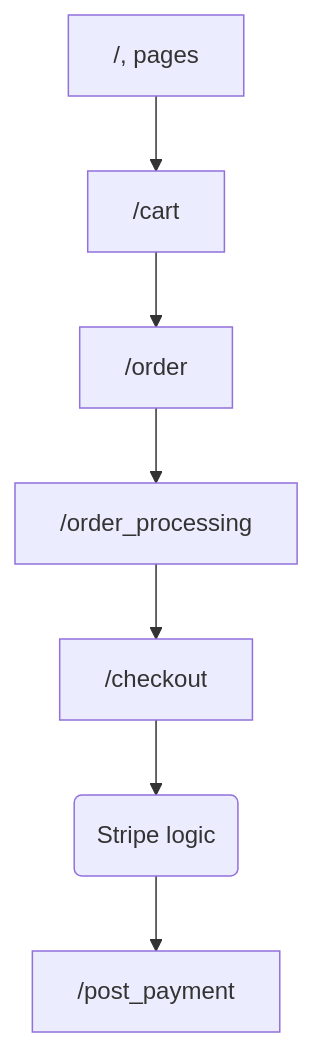
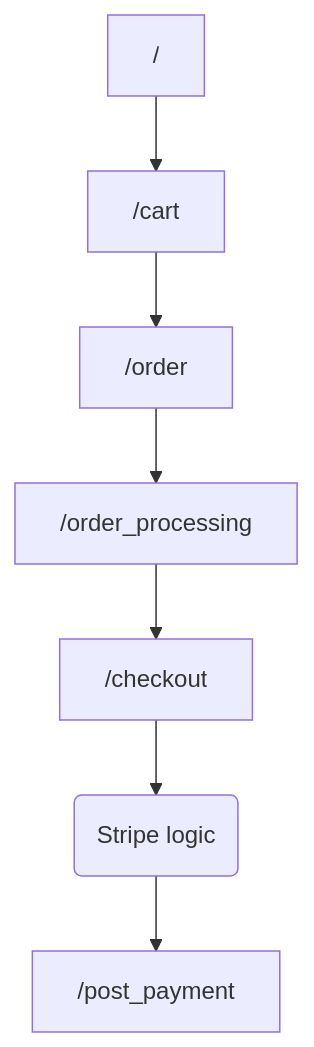
Before and after one commit to kofedev/sweetshop: the diagram in README.md, drawn with Mermaid. The commit also changed other lines of this file, not shown here.

````diff
--- a/README.md
+++ b/README.md
@@ -5,9 +10,9 @@
 ```mermaid
 graph TD;
-    A["/, pages"] --> B["/cart"]
+    A["/"] --> B["/cart"]
     B --> C["/order"]
     C --> D["/order_processing"]
     D --> E["/checkout"]
     E --> F("Stripe logic")
     F --> G["/post_payment"] 
 ```
````
